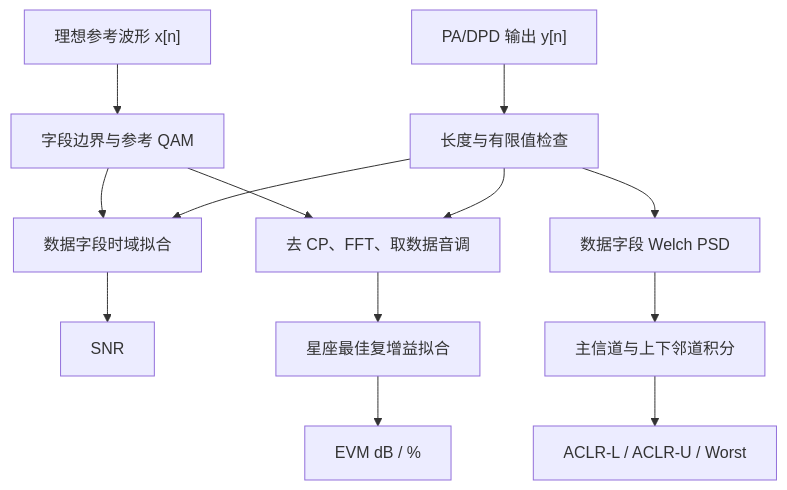
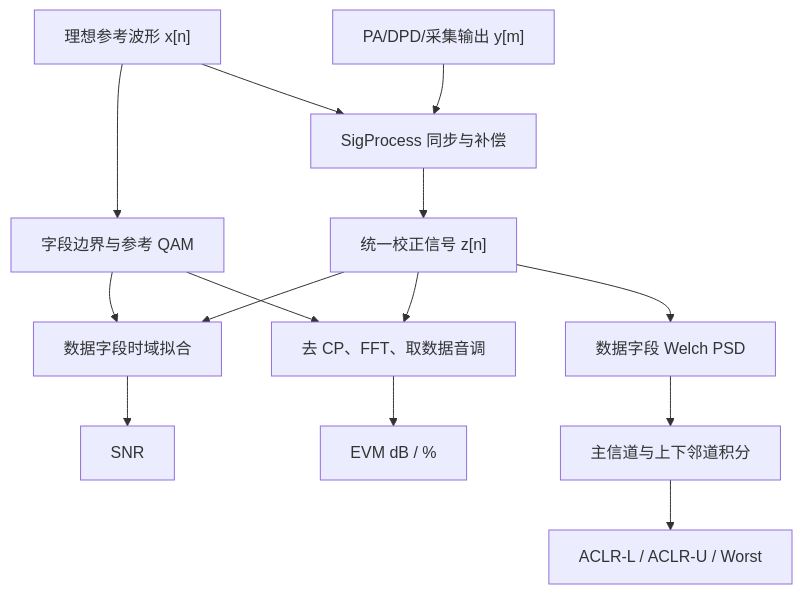
The first of 8 diagrams in doc/Analysis.md (niyilu45/DPD_ILC), drawn with Mermaid before and after one commit. The commit also changed other lines of this file and 18 other files, not shown here.

Commit message:
Add MIMO DPD and EVM-aligned ILC diagnostics

````diff
--- a/doc/Analysis.md
+++ b/doc/Analysis.md
@@ -16,15 +16,16 @@
 ```mermaid
 flowchart TB
     A["理想参考波形 x[n]"] --> B["字段边界与参考 QAM"]
-    C["PA/DPD 输出 y[n]"] --> D["长度与有限值检查"]
+    C["PA/DPD/采集输出 y[m]"] --> D["SigProcess 同步与补偿"]
+    A --> D
+    D --> corrected["统一校正信号 z[n]"]
     B --> E["数据字段时域拟合"]
-    D --> E
+    corrected --> E
     E --> F["SNR"]
     B --> G["去 CP、FFT、取数据音调"]
-    D --> G
-    G --> H["星座最佳复增益拟合"]
-    H --> I["EVM dB / %"]
-    D --> J["数据字段 Welch PSD"]
+    corrected --> G
+    G --> I["EVM dB / %"]
+    corrected --> J["数据字段 Welch PSD"]
     J --> K["主信道与上下邻道积分"]
     K --> L["ACLR-L / ACLR-U / Worst"]
 ```
````
